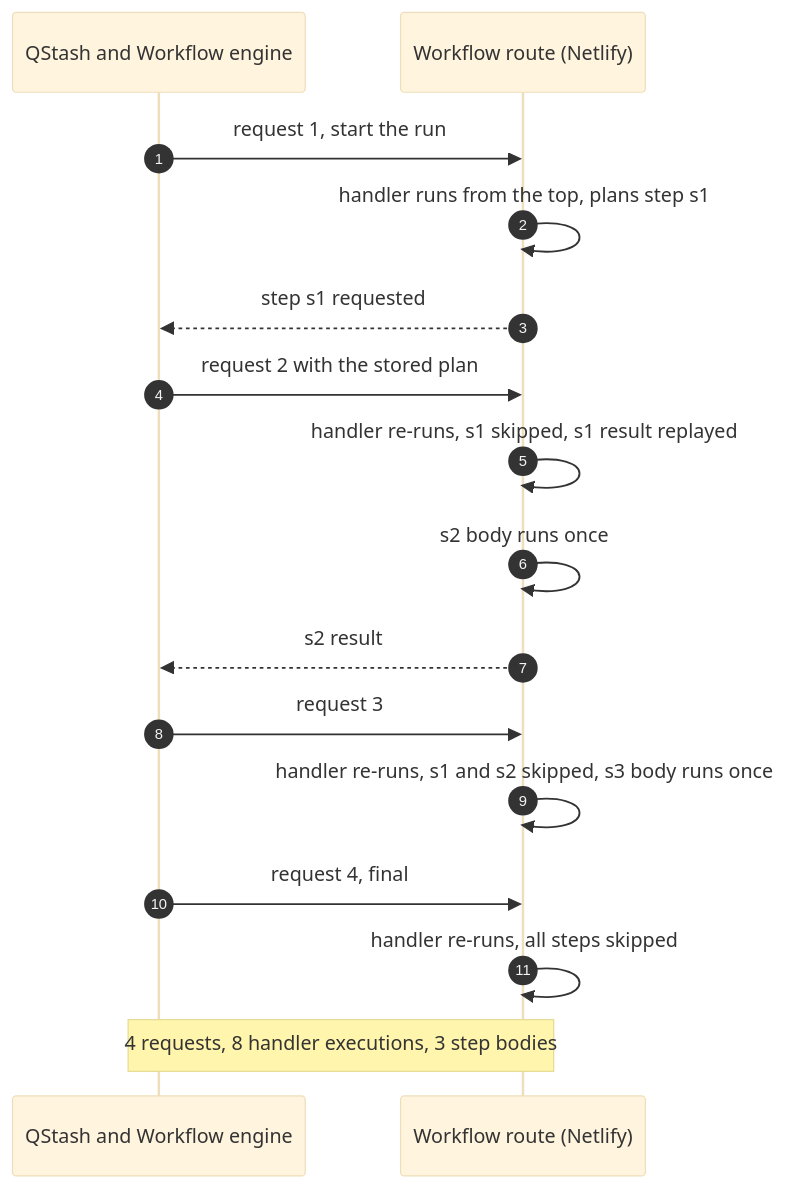
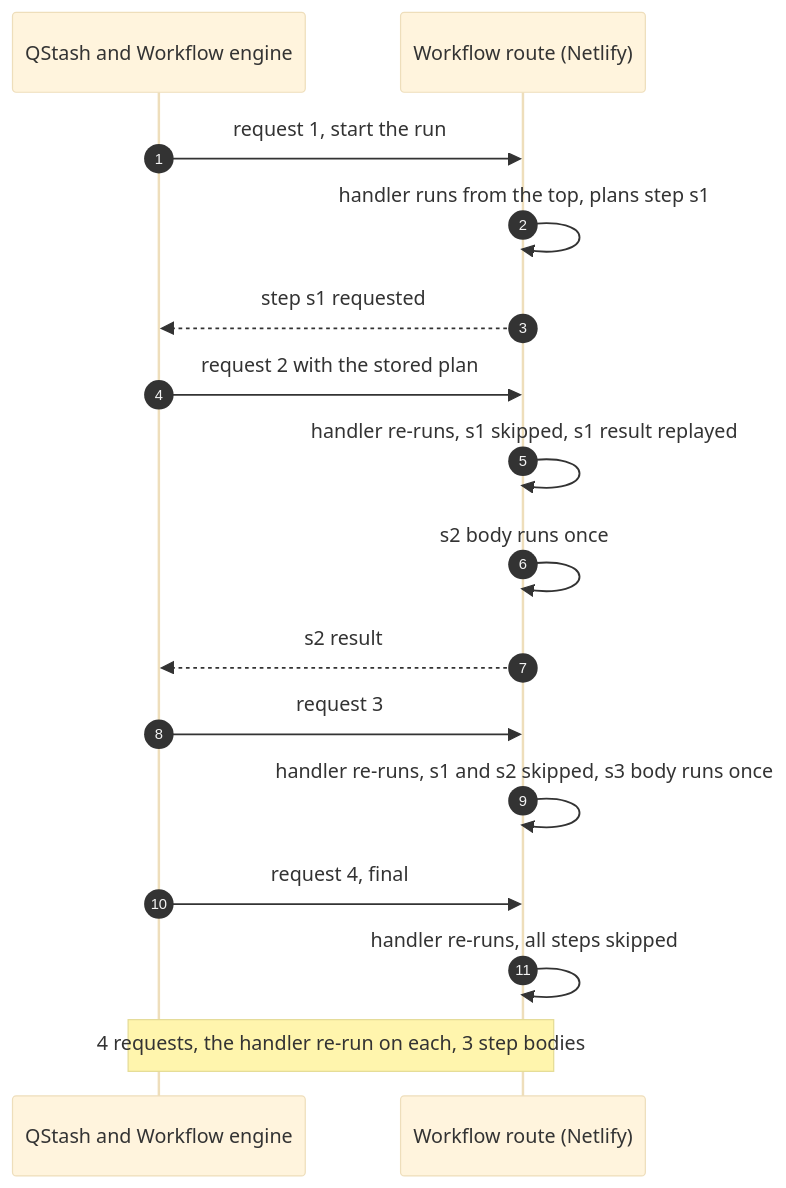
Before and after one commit to Practitionist/familiarise_web: the fifth of 22 diagrams in docs/maintenance/14-background-job-runtime-options.md, drawn with Mermaid (base theme). The commit also changed other lines of this file and 16 other files, not shown here.

````diff
--- a/docs/maintenance/14-background-job-runtime-options.md
+++ b/docs/maintenance/14-background-job-runtime-options.md
@@ -223,18 +223,18 @@
 ```mermaid
 sequenceDiagram
   autonumber
   participant QS as QStash and Workflow engine
   participant FN as Workflow route (Netlify)
   QS->>FN: request 1, start the run
   FN->>FN: handler runs from the top, plans step s1
   FN-->>QS: step s1 requested
   QS->>FN: request 2 with the stored plan
   FN->>FN: handler re-runs, s1 skipped, s1 result replayed
   FN->>FN: s2 body runs once
   FN-->>QS: s2 result
   QS->>FN: request 3
   FN->>FN: handler re-runs, s1 and s2 skipped, s3 body runs once
   QS->>FN: request 4, final
   FN->>FN: handler re-runs, all steps skipped
-  Note over QS,FN: 4 requests, 8 handler executions, 3 step bodies
+  Note over QS,FN: 4 requests, the handler re-run on each, 3 step bodies
 ```
````
